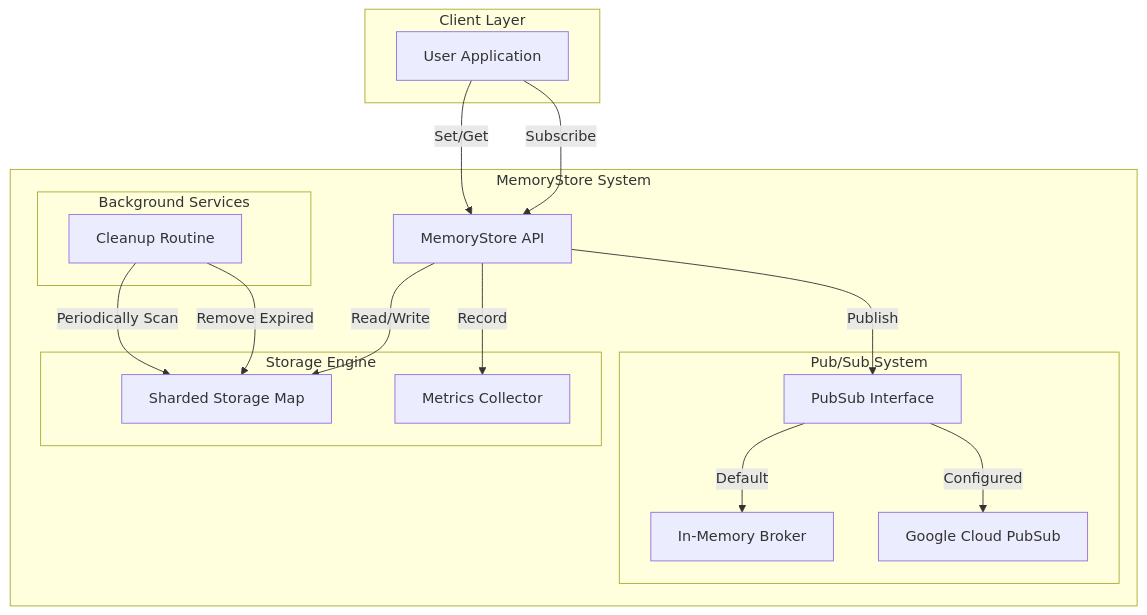
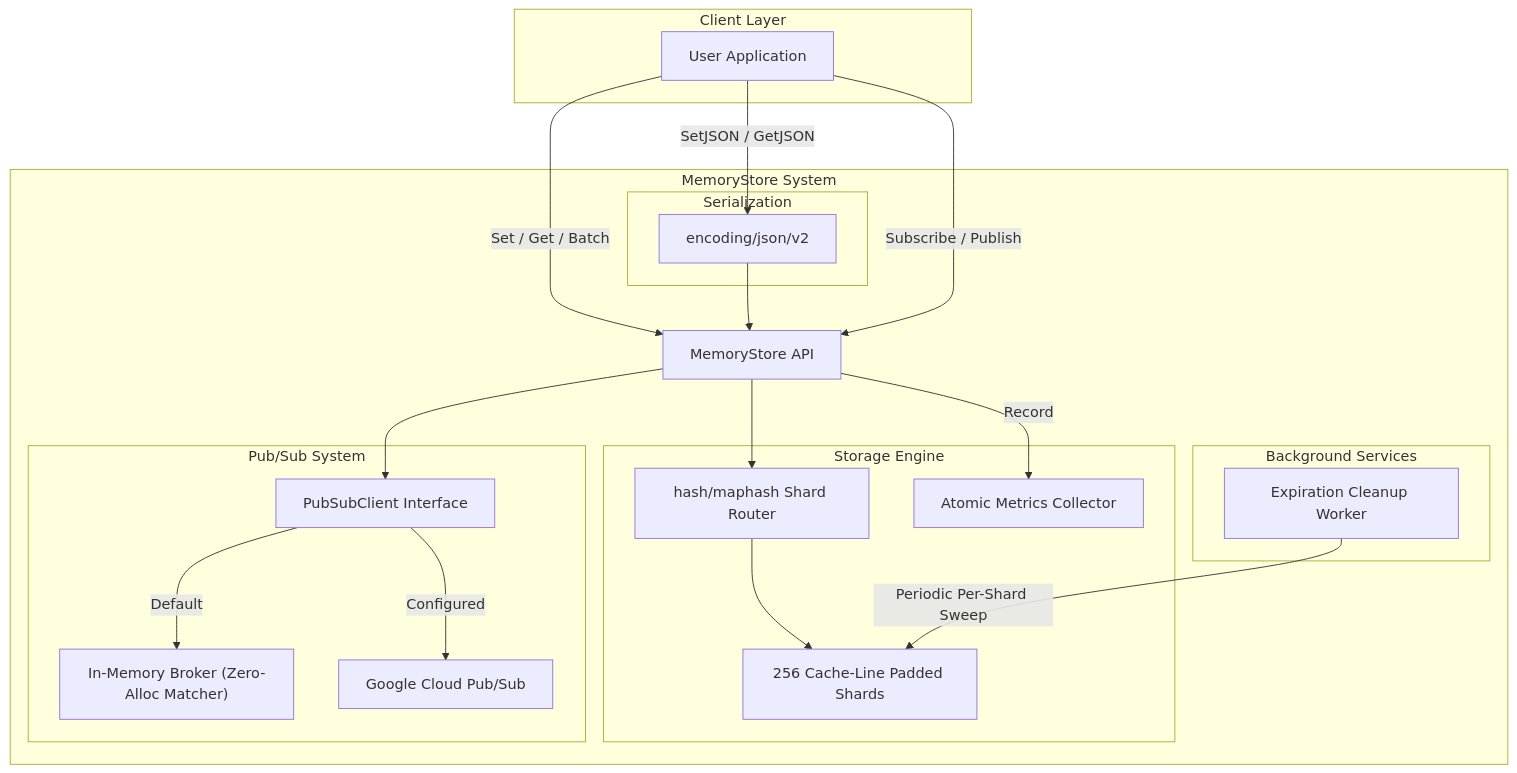
The first of 2 diagrams in README.md (BryceWayne/MemoryStore), drawn with Mermaid before and after one commit. The commit also changed other lines of this file and 20 other files, not shown here.

````diff
--- a/README.md
+++ b/README.md
@@ -245,38 +259,44 @@
 ```mermaid
 graph TD
     subgraph Client Layer
         User[User Application]
     end
 
     subgraph MemoryStore System
         API[MemoryStore API]
 
         subgraph "Storage Engine"
-            Shards[Sharded Storage Map]
-            Metrics[Metrics Collector]
+            Hash["hash/maphash Shard Router"]
+            Shards["256 Cache-Line Padded Shards"]
+            Metrics["Atomic Metrics Collector"]
+        end
+
+        subgraph "Serialization"
+            JSONv2["encoding/json/v2"]
         end
 
         subgraph "Background Services"
-            Cleaner[Cleanup Routine]
+            Cleaner[Expiration Cleanup Worker]
         end
 
         subgraph "Pub/Sub System"
-            PS_Interface[PubSub Interface]
-            PS_Mem[In-Memory Broker]
-            PS_GCP[Google Cloud PubSub]
+            PS_Interface[PubSubClient Interface]
+            PS_Mem["In-Memory Broker (Zero-Alloc Matcher)"]
+            PS_GCP[Google Cloud Pub/Sub]
         end
     end
 
-    User -->|Set/Get| API
-    User -->|Subscribe| API
+    User -->|Set / Get / Batch| API
+    User -->|SetJSON / GetJSON| JSONv2
+    JSONv2 --> API
+    User -->|Subscribe / Publish| API
 
-    API -->|Read/Write| Shards
+    API --> Hash --> Shards
     API -->|Record| Metrics
-    API -->|Publish| PS_Interface
+    API --> PS_Interface
 
-    Cleaner -->|Periodically Scan| Shards
-    Cleaner -->|Remove Expired| Shards
+    Cleaner -->|Periodic Per-Shard Sweep| Shards
 
     PS_Interface -->|Default| PS_Mem
     PS_Interface -->|Configured| PS_GCP
 ```
````
